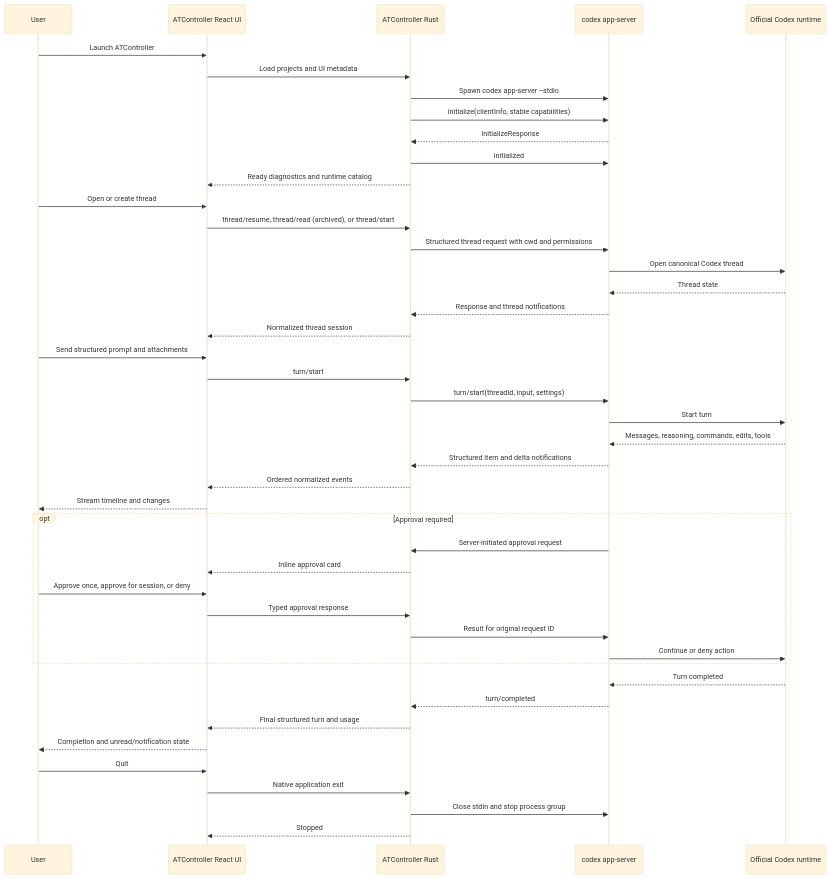
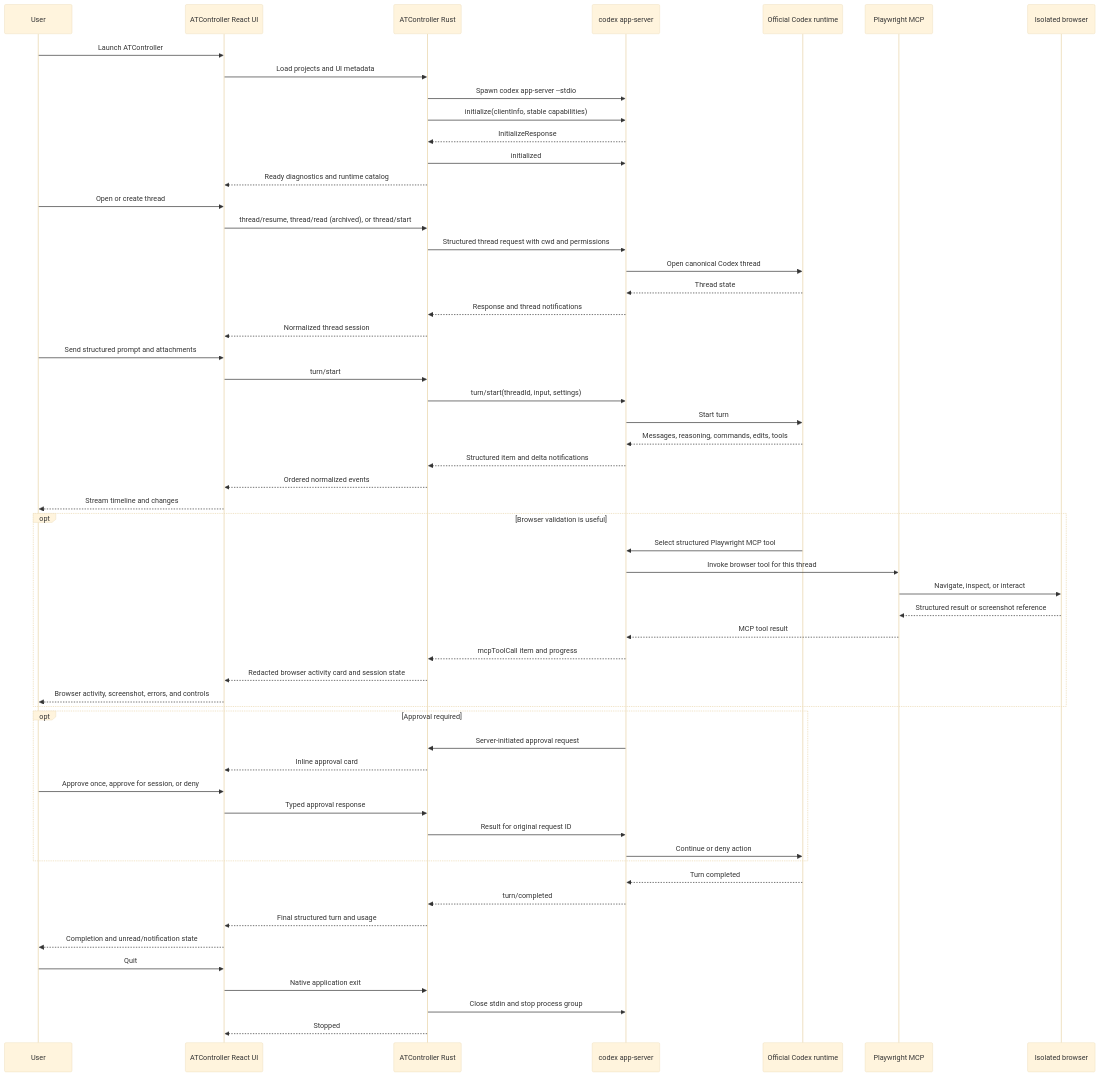
The diagram in technology.md (FuRyanf/ATController), drawn with Mermaid (base theme) before and after one commit. The commit also changed other lines of this file and 21 other files, not shown here.

Commit message:
feat: add structured browser automation

````diff
--- a/technology.md
+++ b/technology.md
@@ -407,52 +449,65 @@
 ```mermaid
 sequenceDiagram
     participant User
     participant UI as ATController React UI
     participant Rust as ATController Rust
     participant Server as codex app-server
     participant Runtime as Official Codex runtime
+    participant MCP as Playwright MCP
+    participant Browser as Isolated browser
 
     User->>UI: Launch ATController
     UI->>Rust: Load projects and UI metadata
     Rust->>Server: Spawn codex app-server --stdio
     Rust->>Server: initialize(clientInfo, stable capabilities)
     Server-->>Rust: InitializeResponse
     Rust->>Server: initialized
     Rust-->>UI: Ready diagnostics and runtime catalog
 
     User->>UI: Open or create thread
     UI->>Rust: thread/resume, thread/read (archived), or thread/start
     Rust->>Server: Structured thread request with cwd and permissions
     Server->>Runtime: Open canonical Codex thread
     Runtime-->>Server: Thread state
     Server-->>Rust: Response and thread notifications
     Rust-->>UI: Normalized thread session
 
     User->>UI: Send structured prompt and attachments
     UI->>Rust: turn/start
     Rust->>Server: turn/start(threadId, input, settings)
     Server->>Runtime: Start turn
     Runtime-->>Server: Messages, reasoning, commands, edits, tools
     Server-->>Rust: Structured item and delta notifications
     Rust-->>UI: Ordered normalized events
     UI-->>User: Stream timeline and changes
 
+    opt Browser validation is useful
+        Runtime->>Server: Select structured Playwright MCP tool
+        Server->>MCP: Invoke browser tool for this thread
+        MCP->>Browser: Navigate, inspect, or interact
+        Browser-->>MCP: Structured result or screenshot reference
+        MCP-->>Server: MCP tool result
+        Server-->>Rust: mcpToolCall item and progress
+        Rust-->>UI: Redacted browser activity card and session state
+        UI-->>User: Browser activity, screenshot, errors, and controls
+    end
+
     opt Approval required
         Server->>Rust: Server-initiated approval request
         Rust-->>UI: Inline approval card
         User->>UI: Approve once, approve for session, or deny
         UI->>Rust: Typed approval response
         Rust->>Server: Result for original request ID
         Server->>Runtime: Continue or deny action
     end
 
     Runtime-->>Server: Turn completed
     Server-->>Rust: turn/completed
     Rust-->>UI: Final structured turn and usage
     UI-->>User: Completion and unread/notification state
 
     User->>UI: Quit
     UI->>Rust: Native application exit
     Rust->>Server: Close stdin and stop process group
     Rust-->>UI: Stopped
 ```
````
